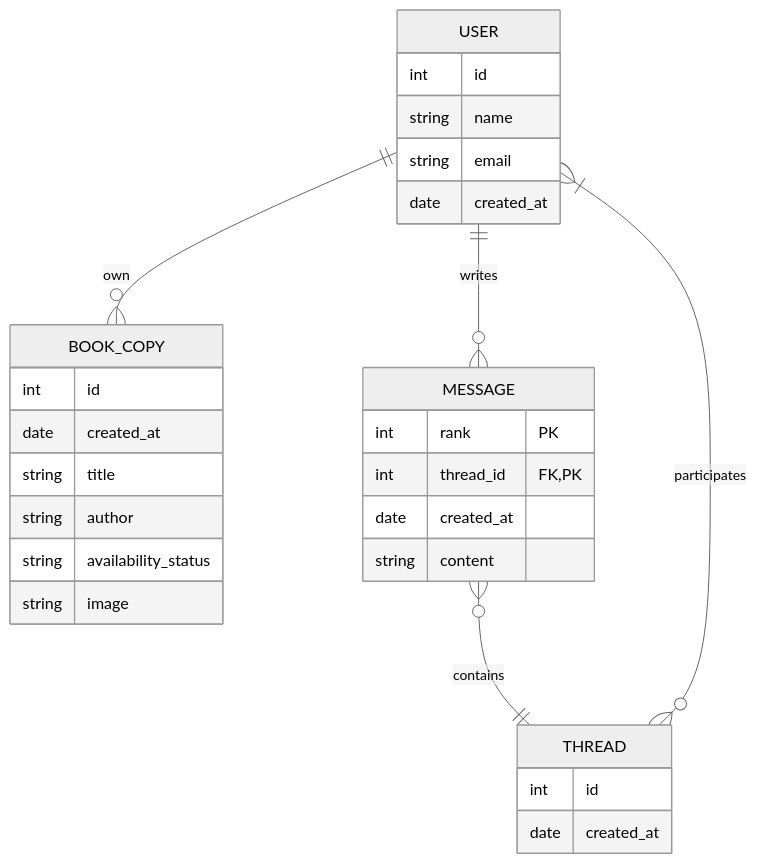
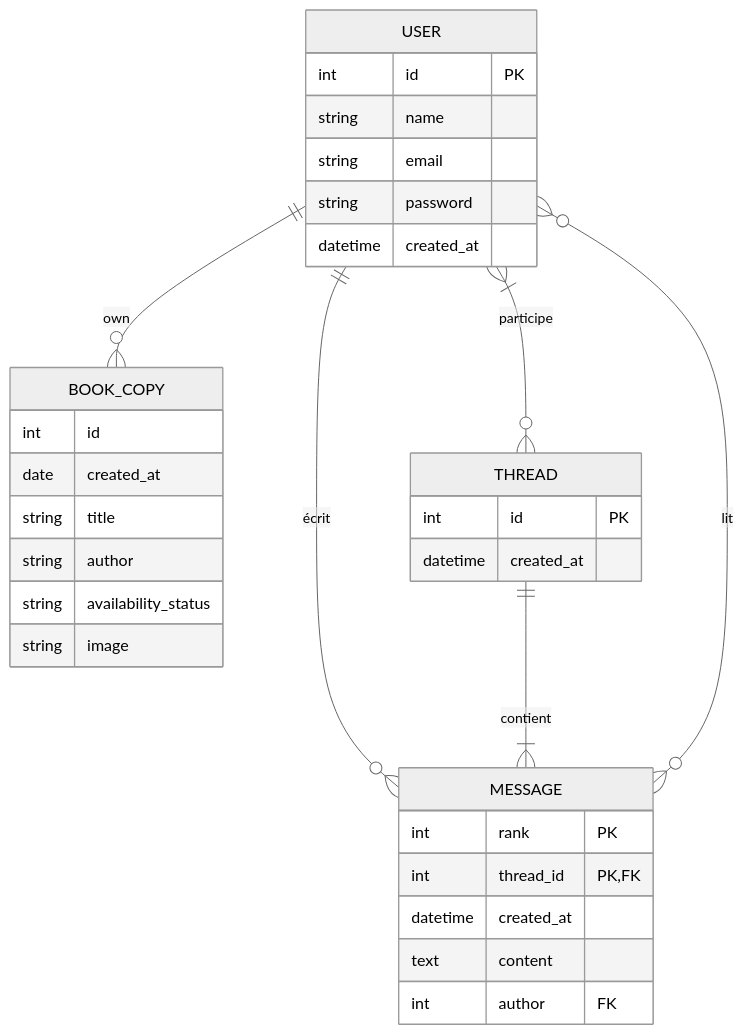
One commit to Vivien60/Formation_OC_Symfony_P6_TomTroc changed the diagram in readme.md. Above: the diagram before and after it, drawn with Mermaid (neutral theme). The commit also changed 1 other file, not shown here.

Commit message:
Feat(BDD) : Messaging Add tables, sql for tables and update readme with FKs and PKs Modify MCD also, to better reflect domain and avoid some problems : like referencing the composite primary key of Message in a foreign key.

````diff
--- a/readme.md
+++ b/readme.md
@@ -3,36 +3,39 @@
 ```mermaid
 erDiagram
     direction TB
     BOOK_COPY {
         int id  ""  
         date created_at  ""  
         string title  ""  
         string author  ""  
         string availability_status  ""  
         string image  ""  
     }
 
     USER {
-        int id  ""  
-        string name  ""  
-        string email  ""  
-        date created_at  ""  
+        int id PK
+        string name
+        string email
+        string password
+        datetime created_at
     }
 
     THREAD {
-        int id  ""  
-        date created_at  ""  
+        int id PK
+        datetime created_at
     }
 
     MESSAGE {
-        int rank PK ""  
-        int thread_id FK, PK ""  
-        date created_at  ""  
-        string content  ""  
+        int rank PK
+        int thread_id PK,FK
+        datetime created_at
+        text content
+        int author FK
     }
 
-    USER||--o{MESSAGE:"writes"
-    MESSAGE}o--||THREAD:"contains"
-    THREAD}o--|{USER:"participates"
+    USER ||--o{ MESSAGE : "écrit"
+    THREAD ||--|{ MESSAGE : "contient"
+    USER }|--o{ THREAD : "participe"
+    USER }o--o{ MESSAGE : "lit"
     USER||--o{BOOK_COPY:"own"
 ```
````
